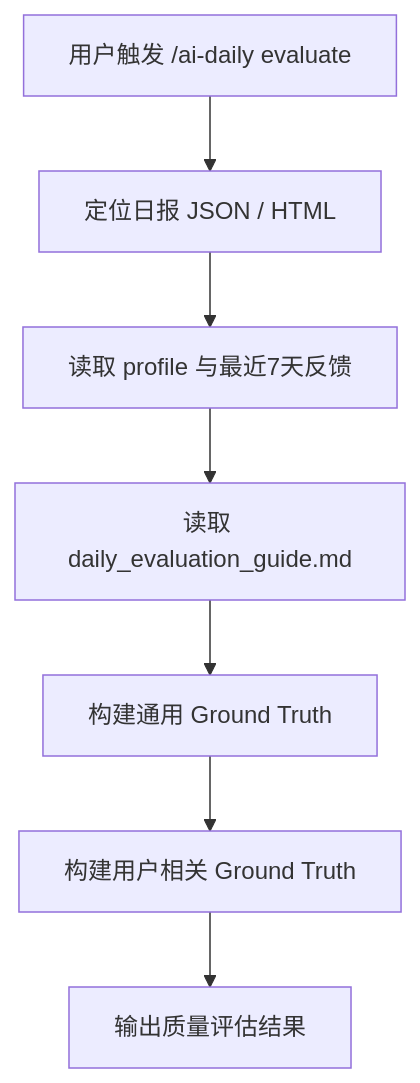
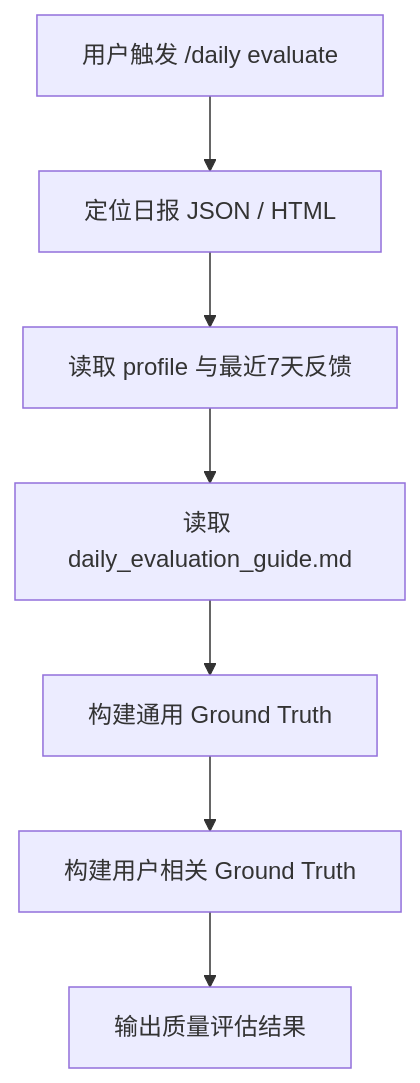
The third of 3 diagrams in PRD.md (dagehaoshuang-dev/ai-daily), drawn with Mermaid before and after one commit. The commit also changed other lines of this file and 15 other files, not shown here.

````diff
--- a/PRD.md
+++ b/PRD.md
@@ -251,9 +253,9 @@
 ```mermaid
 flowchart TD
-    A["用户触发 /ai-daily evaluate"] --> B["定位日报 JSON / HTML"]
+    A["用户触发 /daily evaluate"] --> B["定位日报 JSON / HTML"]
     B --> C["读取 profile 与最近7天反馈"]
     C --> D["读取 daily_evaluation_guide.md"]
     D --> E["构建通用 Ground Truth"]
     E --> F["构建用户相关 Ground Truth"]
     F --> G["输出质量评估结果"]
 ```
````
